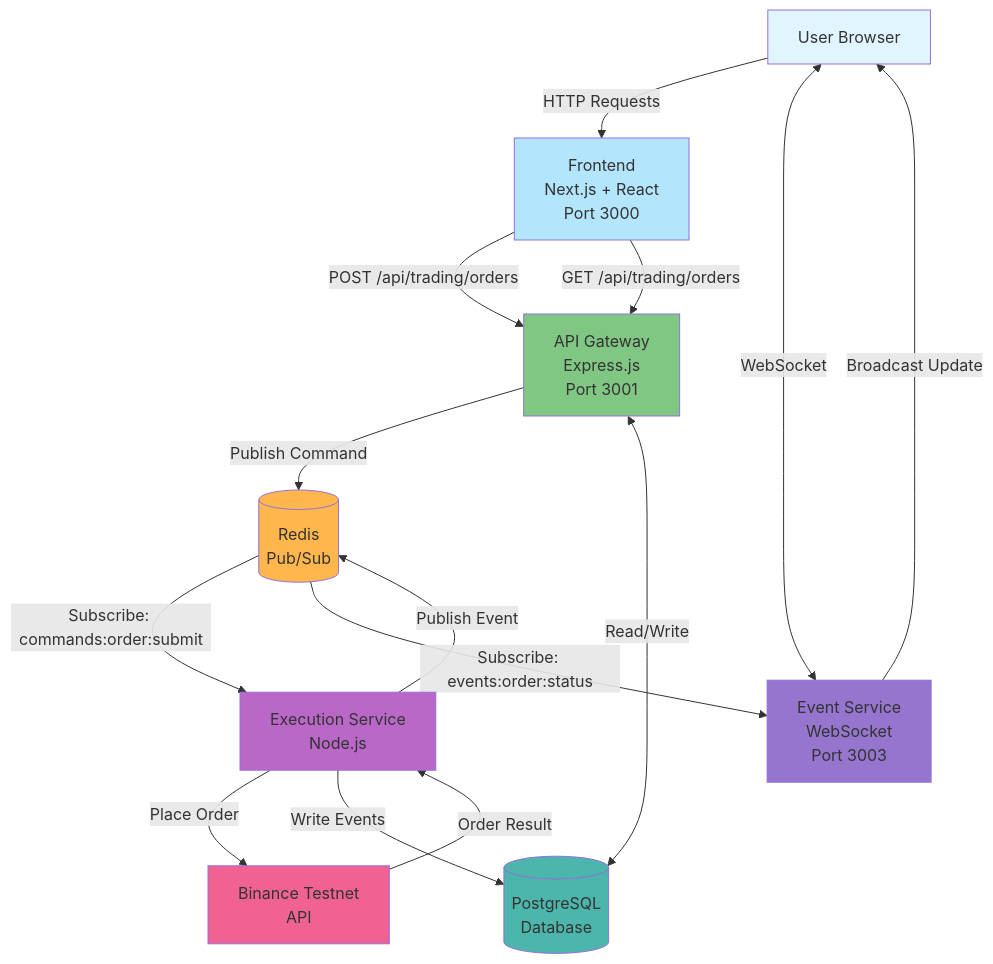
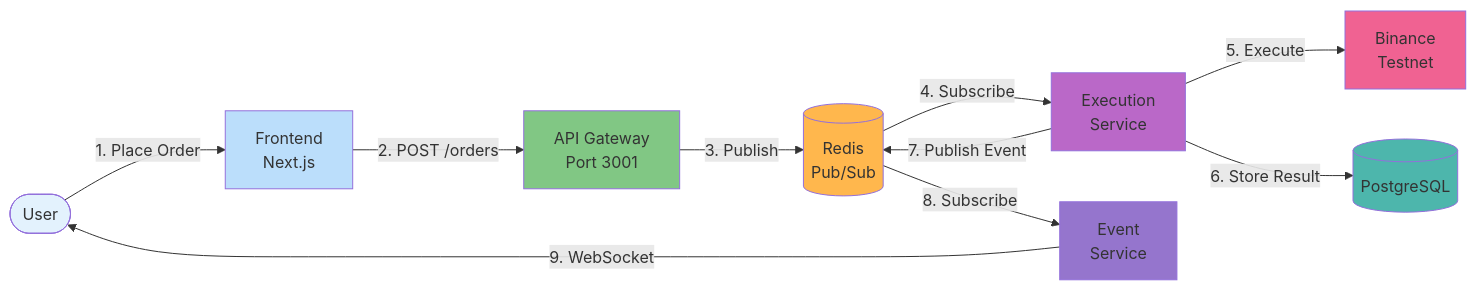
Before and after one commit to MERAJ-droid/Trading-Platform-: the diagram in README.md, drawn with Mermaid. The commit also changed other lines of this file, not shown here.

````diff
--- a/README.md
+++ b/README.md
@@ -19,34 +19,30 @@
 ```mermaid
-flowchart TB
-    User[User Browser]
-    Frontend[Frontend<br/>Next.js + React<br/>Port 3000]
-    APIGateway[API Gateway<br/>Express.js<br/>Port 3001]
+flowchart LR
+    User([User])
+    Frontend[Frontend<br/>Next.js]
+    API[API Gateway<br/>Port 3001]
     Redis[(Redis<br/>Pub/Sub)]
-    ExecutionService[Execution Service<br/>Node.js]
-    EventService[Event Service<br/>WebSocket<br/>Port 3003]
-    Database[(PostgreSQL<br/>Database)]
-    Binance[Binance Testnet<br/>API]
+    Exec[Execution<br/>Service]
+    Event[Event<br/>Service]
+    DB[(PostgreSQL)]
+    Binance[Binance<br/>Testnet]
     
-    User -->|HTTP Requests| Frontend
-    User <-->|WebSocket| EventService
-    Frontend -->|POST /api/trading/orders| APIGateway
-    Frontend -->|GET /api/trading/orders| APIGateway
-    APIGateway -->|Publish Command| Redis
-    APIGateway <-->|Read/Write| Database
-    Redis -->|Subscribe: commands:order:submit| ExecutionService
-    ExecutionService -->|Place Order| Binance
-    Binance -->|Order Result| ExecutionService
-    ExecutionService -->|Write Events| Database
-    ExecutionService -->|Publish Event| Redis
-    Redis -->|Subscribe: events:order:status| EventService
-    EventService -->|Broadcast Update| User
+    User -->|1. Place Order| Frontend
+    Frontend -->|2. POST /orders| API
+    API -->|3. Publish| Redis
+    Redis -->|4. Subscribe| Exec
+    Exec -->|5. Execute| Binance
+    Exec -->|6. Store Result| DB
+    Exec -->|7. Publish Event| Redis
+    Redis -->|8. Subscribe| Event
+    Event -->|9. WebSocket| User
     
-    style User fill:#e1f5ff
-    style Frontend fill:#b3e5fc
-    style APIGateway fill:#81c784
+    style User fill:#e3f2fd
+    style Frontend fill:#bbdefb
+    style API fill:#81c784
     style Redis fill:#ffb74d
-    style ExecutionService fill:#ba68c8
-    style EventService fill:#9575cd
-    style Database fill:#4db6ac
+    style Exec fill:#ba68c8
+    style Event fill:#9575cd
+    style DB fill:#4db6ac
     style Binance fill:#f06292
 ```
````
